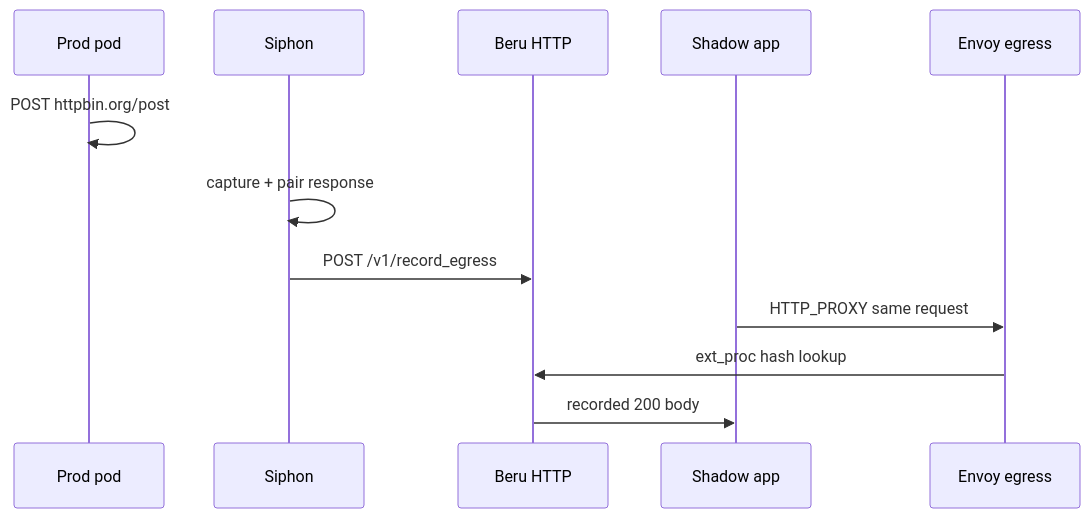
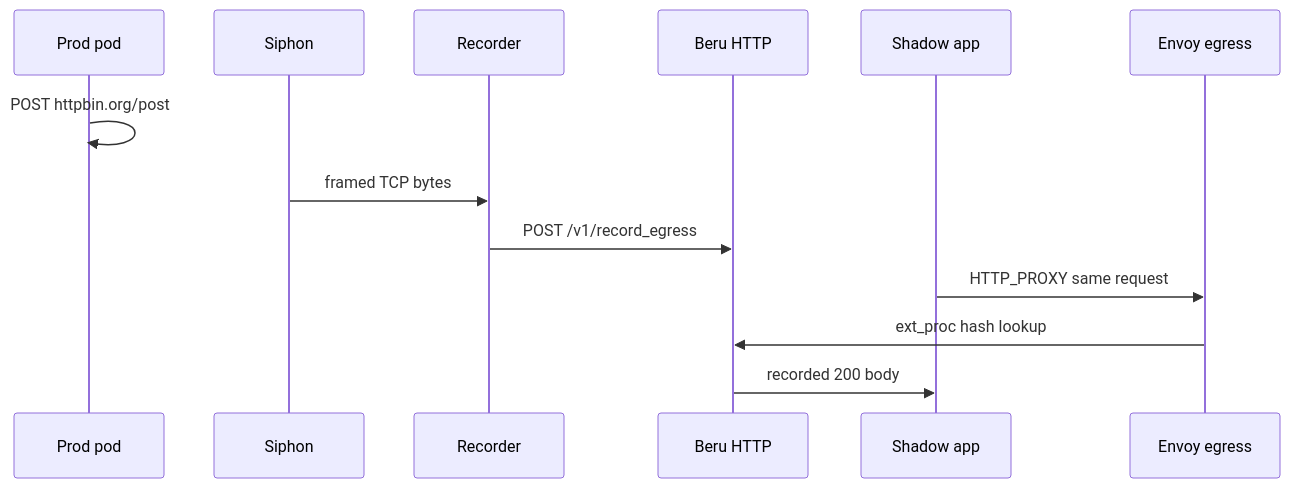
Before and after one commit to nederrgo/shadow-diff: the seventh of 7 diagrams in ARCHITECTURE.md, drawn with Mermaid. The commit also changed other lines of this file and 33 other files, not shown here.

````diff
--- a/ARCHITECTURE.md
+++ b/ARCHITECTURE.md
@@ -371,15 +391,16 @@
 ```mermaid
 sequenceDiagram
   participant P as Prod pod
   participant S as Siphon
+  participant R as Recorder
   participant B as Beru HTTP
   participant Sh as Shadow app
   participant E as Envoy egress
 
   P->>P: POST httpbin.org/post
-  S->>S: capture + pair response
-  S->>B: POST /v1/record_egress
+  S->>R: framed TCP bytes
+  R->>B: POST /v1/record_egress
   Sh->>E: HTTP_PROXY same request
   E->>B: ext_proc hash lookup
   B->>Sh: recorded 200 body
 ```
````
